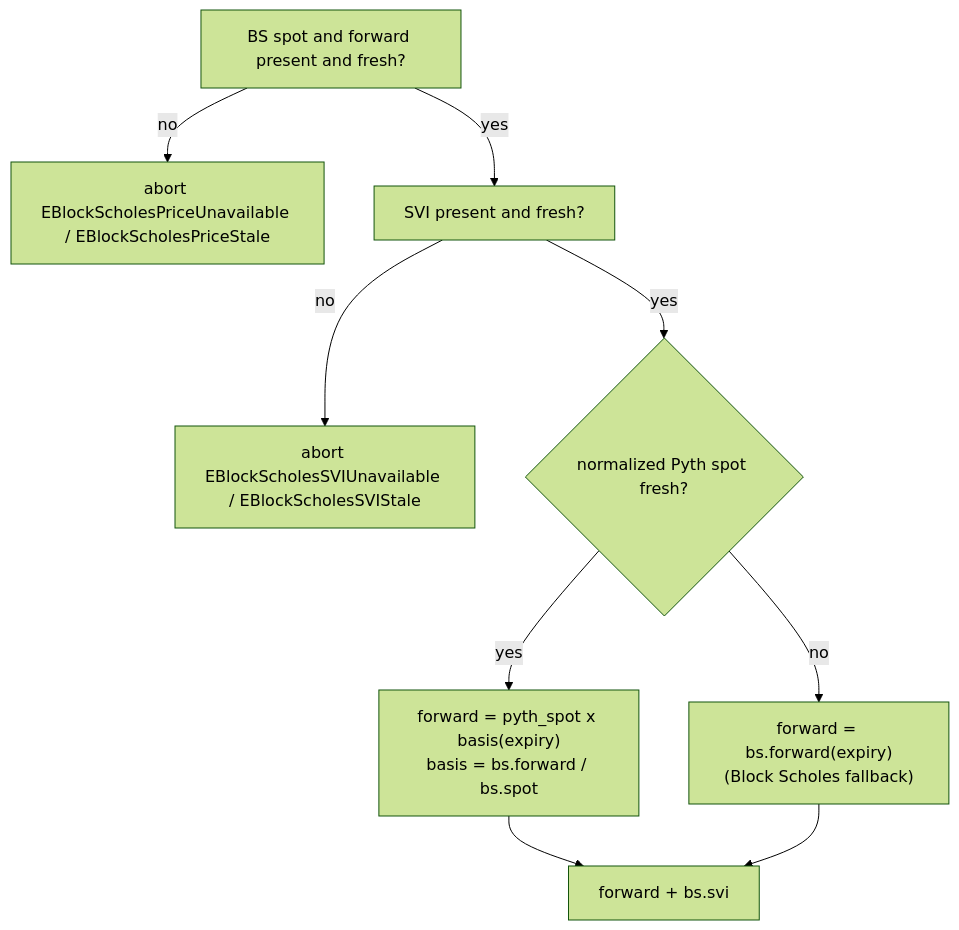
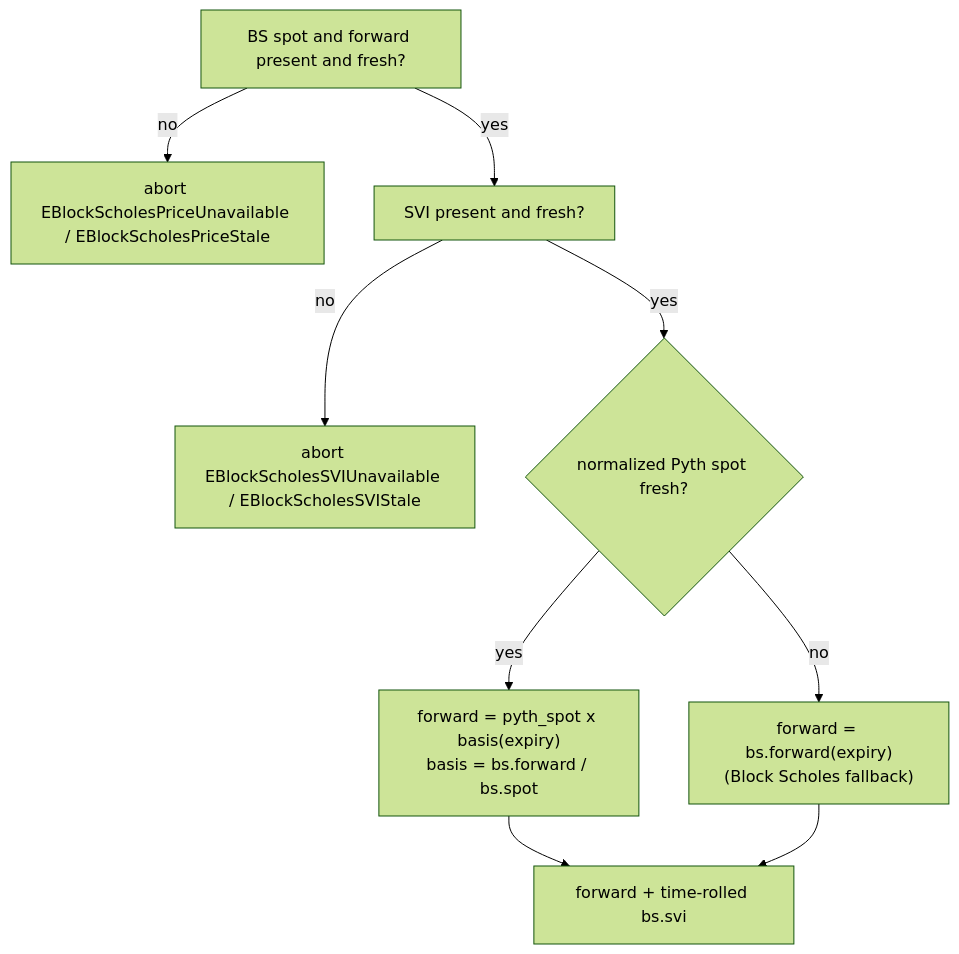
Before and after one commit to MystenLabs/deepbookv3: the diagram in packages/predict/docs/concepts/pricing-and-oracles.md, drawn with Mermaid (forest theme). The commit also changed other lines of this file and 15 other files, not shown here.

````diff
--- a/packages/predict/docs/concepts/pricing-and-oracles.md
+++ b/packages/predict/docs/concepts/pricing-and-oracles.md
@@ -93,11 +106,11 @@
 ```mermaid
 flowchart TD
     A[BS spot and forward present and fresh?] -- no --> X[abort EBlockScholesPriceUnavailable / EBlockScholesPriceStale]
     A -- yes --> S[SVI present and fresh?]
     S -- no --> Y[abort EBlockScholesSVIUnavailable / EBlockScholesSVIStale]
     S -- yes --> B{normalized Pyth spot fresh?}
     B -- yes --> C["forward = pyth_spot x basis(expiry)<br/>basis = bs.forward / bs.spot"]
     B -- no --> D["forward = bs.forward(expiry)<br/>(Block Scholes fallback)"]
-    C --> E[forward + bs.svi]
+    C --> E[forward + time-rolled bs.svi]
     D --> E
 ```
````
